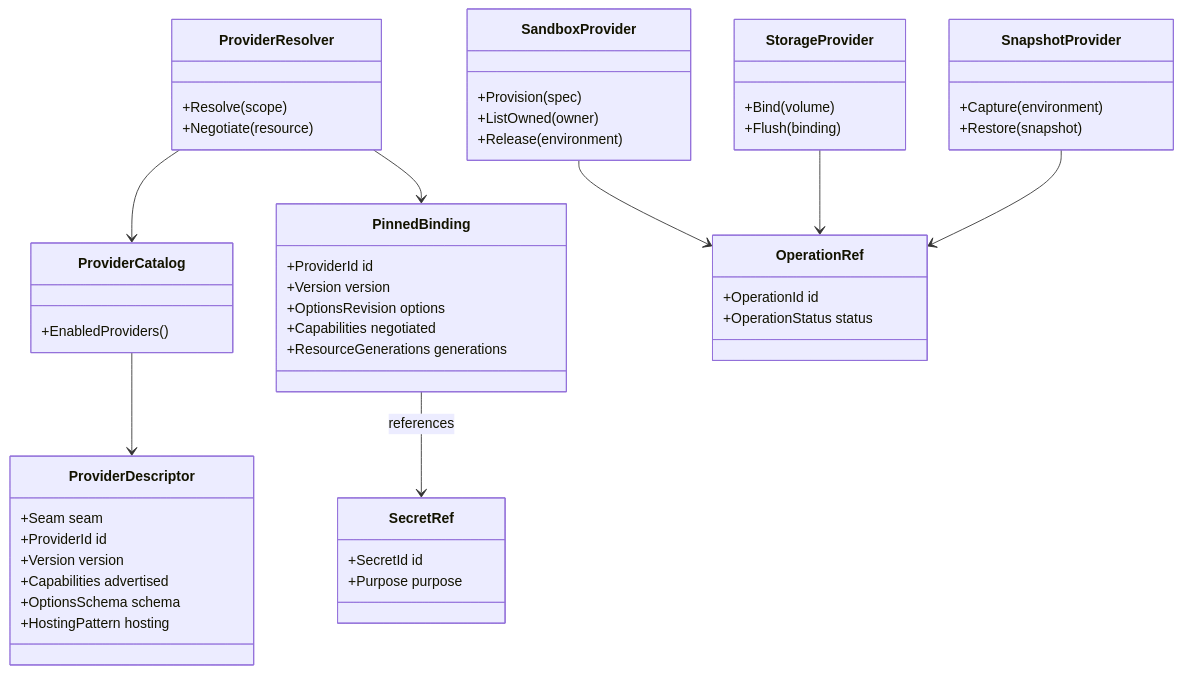
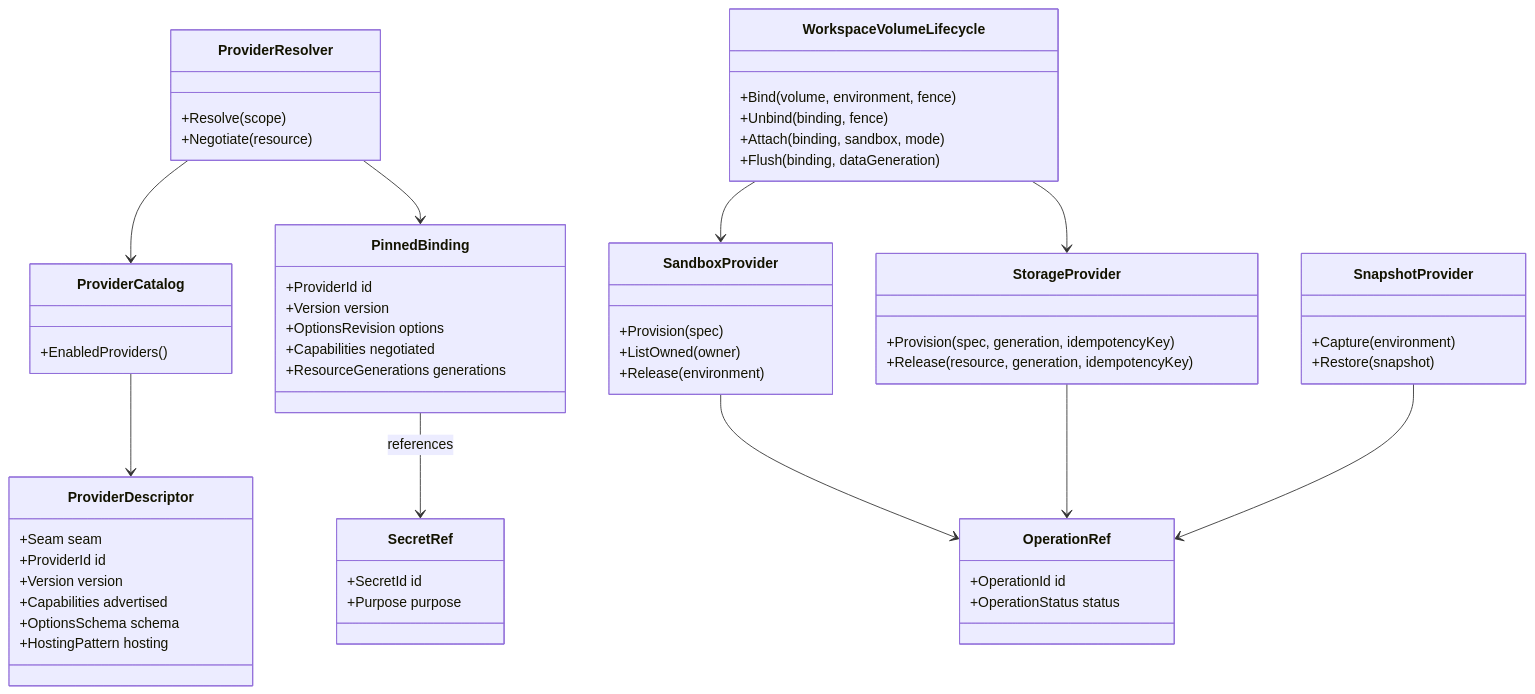
The second of 4 diagrams in docs/architecture/design/provider-seams.md (sabbour/agentweaver), drawn with Mermaid before and after one commit. The commit also changed other lines of this file and 22 other files, not shown here.

Commit message:
feat(storage): add Azure Files workspace volumes

````diff
--- a/docs/architecture/design/provider-seams.md
+++ b/docs/architecture/design/provider-seams.md
@@ -131,53 +131,61 @@
 ```mermaid
 classDiagram
     class ProviderDescriptor {
         +Seam seam
         +ProviderId id
         +Version version
         +Capabilities advertised
         +OptionsSchema schema
         +HostingPattern hosting
     }
     class ProviderCatalog {
         +EnabledProviders()
     }
     class ProviderResolver {
         +Resolve(scope)
         +Negotiate(resource)
     }
     class PinnedBinding {
         +ProviderId id
         +Version version
         +OptionsRevision options
         +Capabilities negotiated
         +ResourceGenerations generations
     }
     class OperationRef {
         +OperationId id
         +OperationStatus status
     }
     class SecretRef {
         +SecretId id
         +Purpose purpose
     }
     class SandboxProvider {
         +Provision(spec)
         +ListOwned(owner)
         +Release(environment)
     }
     class StorageProvider {
-        +Bind(volume)
-        +Flush(binding)
+        +Provision(spec, generation, idempotencyKey)
+        +Release(resource, generation, idempotencyKey)
+    }
+    class WorkspaceVolumeLifecycle {
+        +Bind(volume, environment, fence)
+        +Unbind(binding, fence)
+        +Attach(binding, sandbox, mode)
+        +Flush(binding, dataGeneration)
     }
     class SnapshotProvider {
         +Capture(environment)
         +Restore(snapshot)
     }
+    WorkspaceVolumeLifecycle --> SandboxProvider
+    WorkspaceVolumeLifecycle --> StorageProvider
     ProviderCatalog --> ProviderDescriptor
     ProviderResolver --> ProviderCatalog
     ProviderResolver --> PinnedBinding
     SandboxProvider --> OperationRef
     StorageProvider --> OperationRef
     SnapshotProvider --> OperationRef
     PinnedBinding --> SecretRef : references
 ```
````
